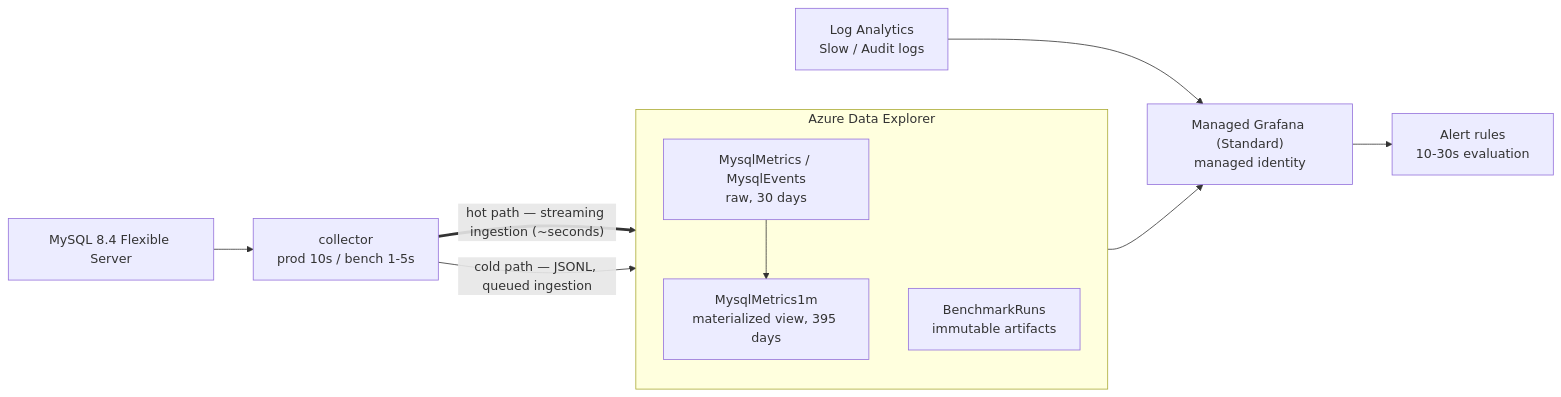
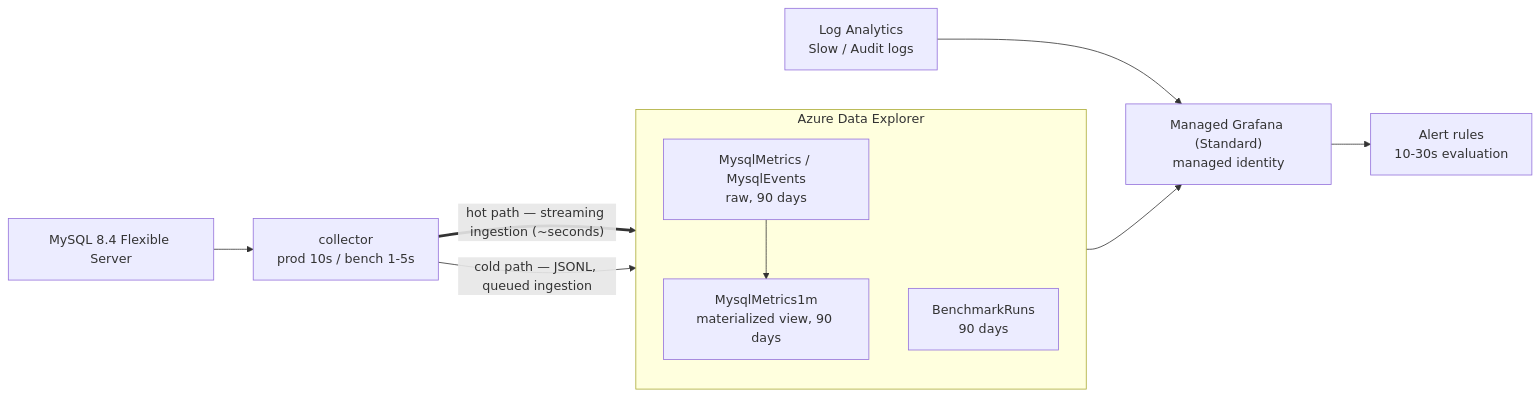
The diagram in adx/README.md (DalBamS/azure-mysql-monitoring), drawn with Mermaid before and after one commit. The commit also changed other lines of this file and 22 other files, not shown here.

````diff
--- a/adx/README.md
+++ b/adx/README.md
@@ -22,18 +22,18 @@
 ```mermaid
 flowchart LR
     SRV["MySQL 8.4 Flexible Server"] --> COL["collector<br/>prod 10s / bench 1-5s"]
 
     COL ==> |"hot path — streaming ingestion (~seconds)"| ADX
     COL --> |"cold path — JSONL, queued ingestion"| ADX
 
     subgraph ADX["Azure Data Explorer"]
-        RAW["MysqlMetrics / MysqlEvents<br/>raw, 30 days"]
-        MV["MysqlMetrics1m<br/>materialized view, 395 days"]
-        BR["BenchmarkRuns<br/>immutable artifacts"]
+        RAW["MysqlMetrics / MysqlEvents<br/>raw, 90 days"]
+        MV["MysqlMetrics1m<br/>materialized view, 90 days"]
+        BR["BenchmarkRuns<br/>90 days"]
         RAW --> MV
     end
 
     LAW["Log Analytics<br/>Slow / Audit logs"] --> G
     ADX --> G["Managed Grafana (Standard)<br/>managed identity"]
     G --> AL["Alert rules<br/>10-30s evaluation"]
 ```
````
